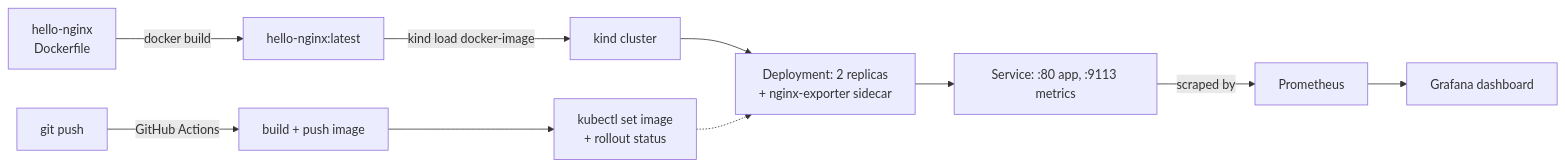
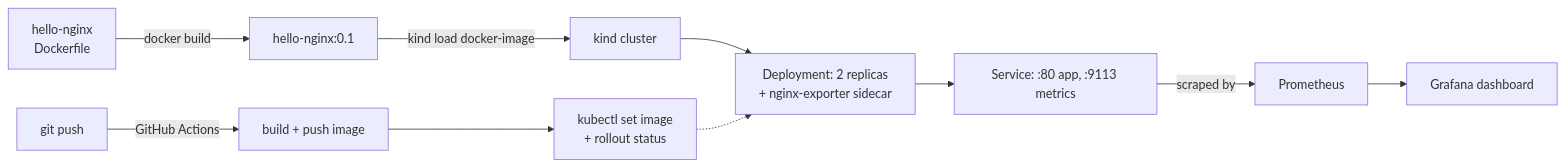
Before and after one commit to xudipta/cookbook: the diagram in topics/capstone/notes/01-ship-a-monitored-service.md, drawn with Mermaid. The commit also changed other lines of this file and 14 other files, not shown here.

````diff
--- a/topics/capstone/notes/01-ship-a-monitored-service.md
+++ b/topics/capstone/notes/01-ship-a-monitored-service.md
@@ -8,12 +8,12 @@
 ```mermaid
 flowchart LR
-    Dockerfile["hello-nginx\nDockerfile"] -->|docker build| Image["hello-nginx:latest"]
+    Dockerfile["hello-nginx\nDockerfile"] -->|docker build| Image["hello-nginx:0.1"]
     Image -->|kind load docker-image| Cluster["kind cluster"]
     Cluster --> Deploy["Deployment: 2 replicas\n+ nginx-exporter sidecar"]
     Deploy --> Svc["Service: :80 app, :9113 metrics"]
     Svc -->|scraped by| Prom["Prometheus"]
     Prom --> Grafana["Grafana dashboard"]
     GH["git push"] -->|GitHub Actions| Build["build + push image"]
     Build --> Rollout["kubectl set image\n+ rollout status"]
     Rollout -.-> Deploy
 ```
````
